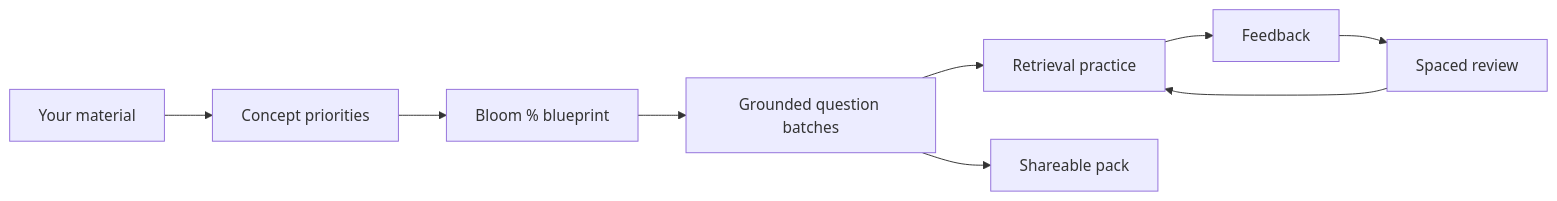
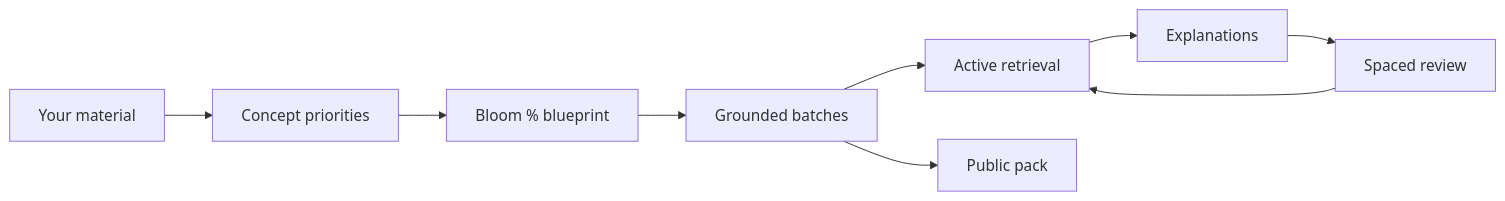
Before and after one commit to SeraKah-1/noodl: the first of 4 diagrams in README.md, drawn with Mermaid. The commit also changed other lines of this file, not shown here.

````diff
--- a/README.md
+++ b/README.md
@@ -78,11 +110,11 @@
 ```mermaid
 flowchart LR
     A["Your material"] --> B["Concept priorities"]
     B --> C["Bloom % blueprint"]
-    C --> D["Grounded question batches"]
-    D --> E["Retrieval practice"]
-    E --> F["Feedback"]
+    C --> D["Grounded batches"]
+    D --> E["Active retrieval"]
+    E --> F["Explanations"]
     F --> G["Spaced review"]
     G --> E
-    D --> H["Shareable pack"]
+    D --> H["Public pack"]
 ```
````
